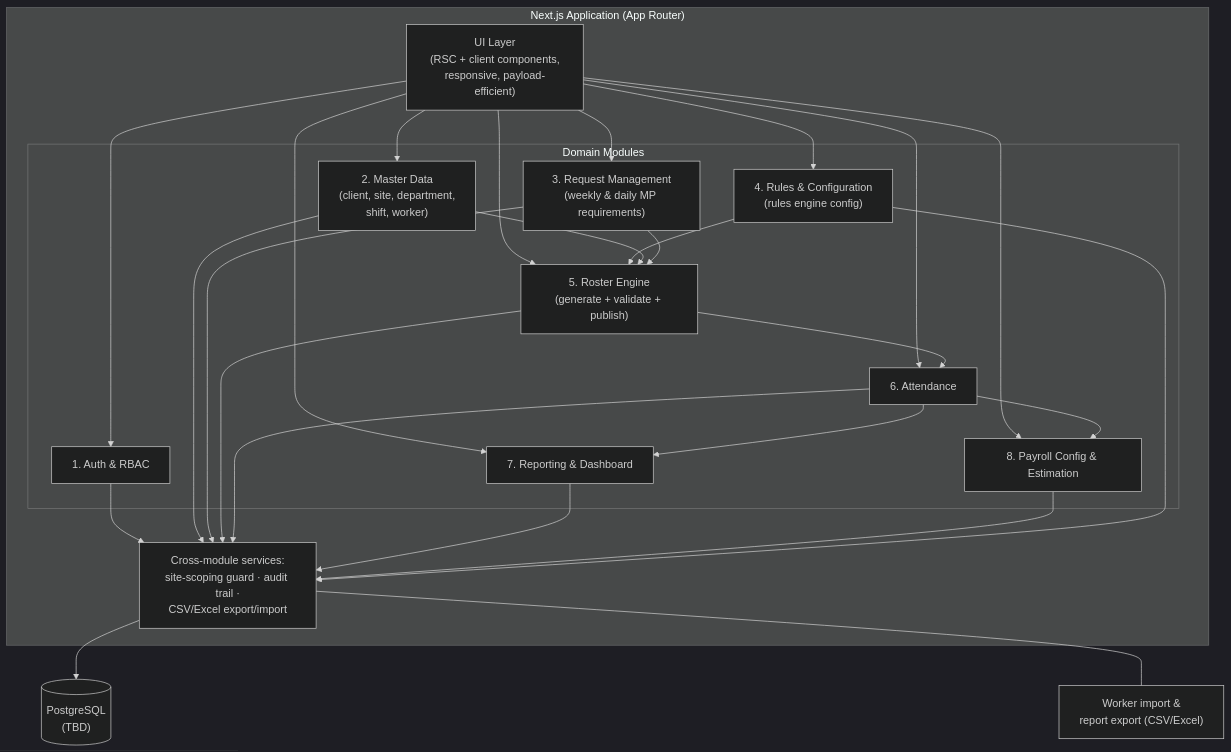
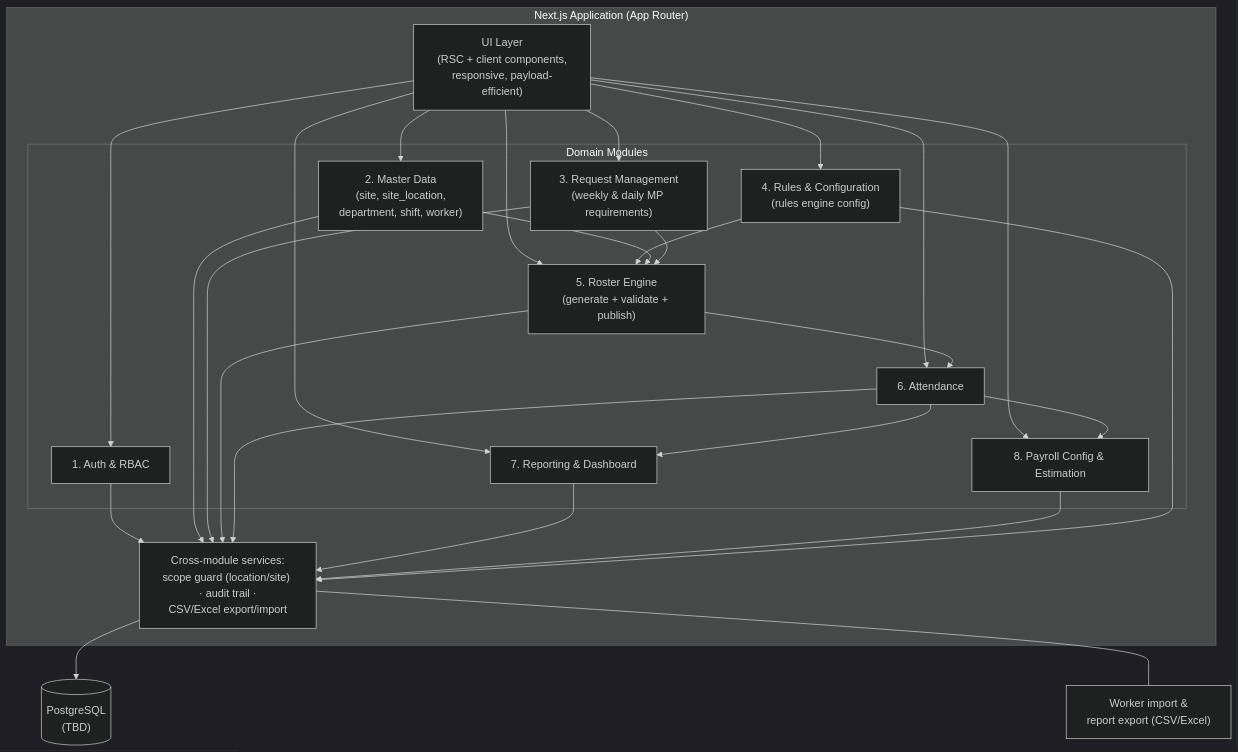
The second of 5 diagrams in docs/architecture.md (XOIntern/Shiftly), drawn with Mermaid (dark theme) before and after one commit. The commit also changed other lines of this file, not shown here.

First line of the commit message:
docs(architecture): revise domain model per Oct 2026 redesign

````diff
--- a/docs/architecture.md
+++ b/docs/architecture.md
@@ -65,30 +69,30 @@
 ```mermaid
 graph TB
     subgraph "Next.js Application (App Router)"
         UI["UI Layer<br/>(RSC + client components,<br/>responsive, payload-efficient)"]
         subgraph "Domain Modules"
             AUTH["1. Auth & RBAC"]
-            MD["2. Master Data<br/>(client, site, department,<br/>shift, worker)"]
+            MD["2. Master Data<br/>(site, site_location,<br/>department, shift, worker)"]
             REQ["3. Request Management<br/>(weekly & daily MP requirements)"]
             RULES["4. Rules & Configuration<br/>(rules engine config)"]
             ROSTER["5. Roster Engine<br/>(generate + validate + publish)"]
             ATT["6. Attendance"]
             REP["7. Reporting & Dashboard"]
             PAY["8. Payroll Config & Estimation"]
         end
-        SVC["Cross-module services:<br/>site-scoping guard · audit trail ·<br/>CSV/Excel export/import"]
+        SVC["Cross-module services:<br/>scope guard (location/site) · audit trail ·<br/>CSV/Excel export/import"]
     end
     DB[("PostgreSQL<br/>(TBD)")]
     FILES["Worker import &<br/>report export (CSV/Excel)"]
 
     UI --> AUTH & MD & REQ & RULES & ROSTER & ATT & REP & PAY
     RULES --> ROSTER
     MD --> ROSTER
     REQ --> ROSTER
     ROSTER --> ATT
     ATT --> PAY
     ATT --> REP
     AUTH & MD & REQ & ROSTER & ATT & REP & PAY & RULES --> SVC
     SVC --> DB
     SVC --- FILES
 ```
````
